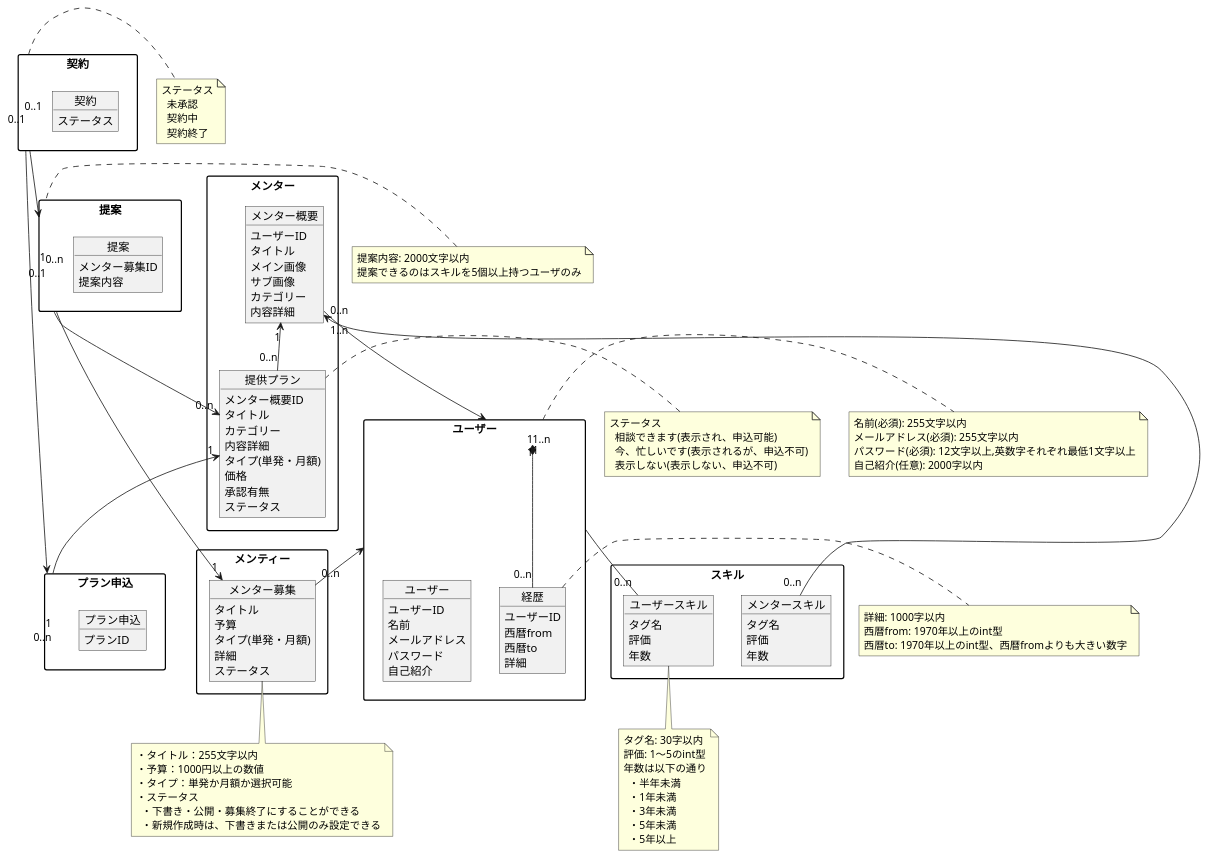
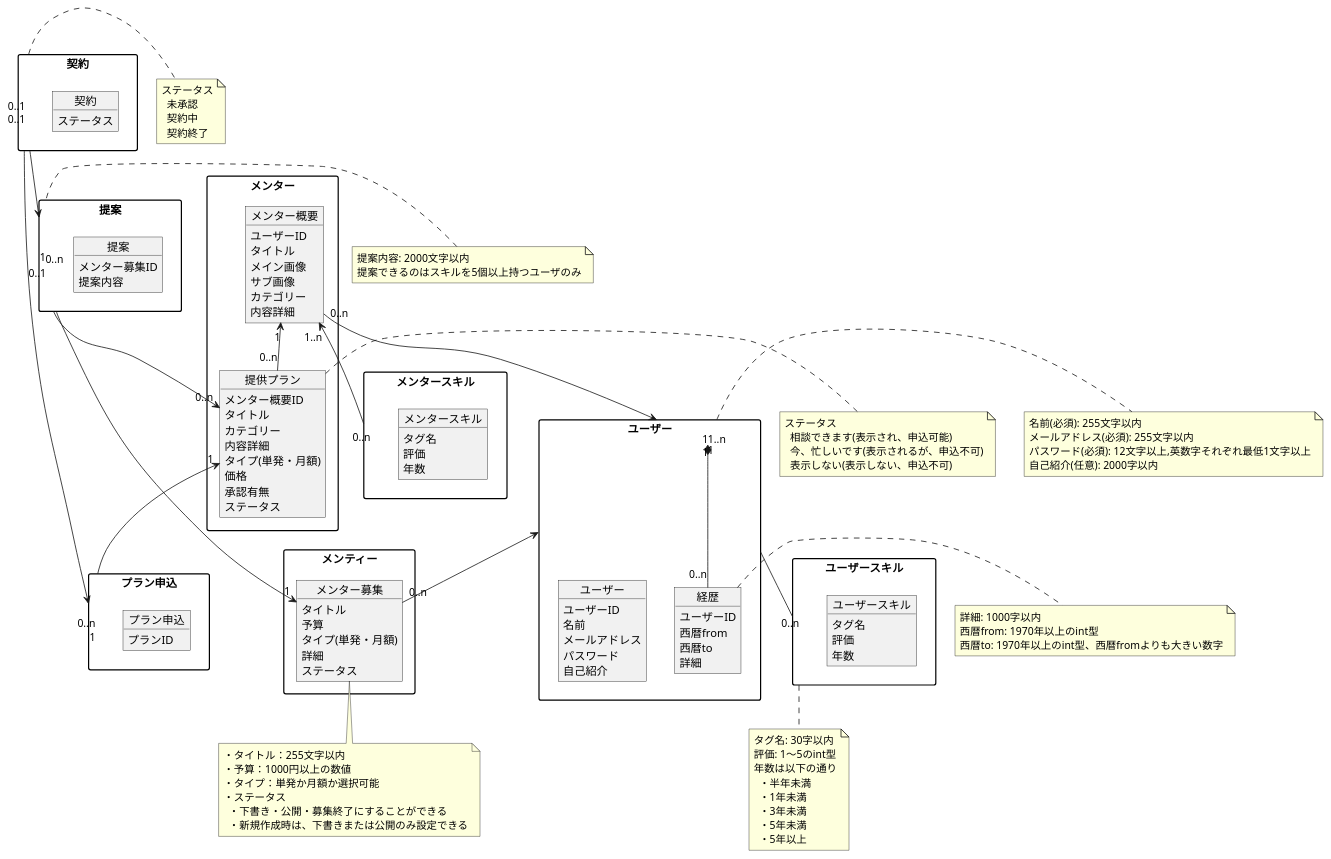
Before and after one commit to naoyakurokawa/ddd_menta: the diagram in domain_model_diagram.pu, drawn with PlantUML.

Commit message:
ドメインモデル図修正

```diff
--- a/domain_model_diagram.pu
+++ b/domain_model_diagram.pu
@@ -1,146 +1,149 @@
 @startuml
 skinparam packageStyle rectangle
 
 package ユーザー {
   object ユーザー {
     ユーザーID
     名前
     メールアドレス
     パスワード
     自己紹介
   }
 
   object 経歴 {
     ユーザーID
     西暦from
     西暦to
     詳細
   }
 }
 
 ユーザー "1" *-- "0..n" 経歴
 note right of ユーザー
 名前(必須): 255文字以内
 メールアドレス(必須): 255文字以内
 パスワード(必須): 12文字以上,英数字それぞれ最低1文字以上
 自己紹介(任意): 2000字以内
 end note
 
 note right of 経歴
 詳細: 1000字以内
 西暦from: 1970年以上のint型
 西暦to: 1970年以上のint型、西暦fromよりも大きい数字
 end note
 
-package スキル {
+package ユーザースキル {
   object ユーザースキル {
     タグ名
     評価
     年数
   }
+}
+
+package メンタースキル {
   object メンタースキル {
     タグ名
     評価
     年数
   }
 }
 
 note bottom of ユーザースキル
 タグ名: 30字以内
 評価: 1〜5のint型
 年数は以下の通り
   ・半年未満
   ・1年未満
   ・3年未満
   ・5年未満
   ・5年以上
 end note
 
 package メンター {
   object メンター概要 {
     ユーザーID
     タイトル
     メイン画像
     サブ画像
     カテゴリー
     内容詳細
   }
 
   object 提供プラン {
     メンター概要ID
     タイトル
     カテゴリー
     内容詳細
     タイプ(単発・月額)
     価格
     承認有無
     ステータス
   }
 }
 
 package 提案 {
   object 提案 {
     メンター募集ID
     提案内容
   }
 }
 
 note left of 提案
 提案内容: 2000文字以内
 提案できるのはスキルを5個以上持つユーザのみ
 end note
 
 note left of 提供プラン
 ステータス
   相談できます(表示され、申込可能)
   今、忙しいです(表示されるが、申込不可)
   表示しない(表示しない、申込不可)
 end note
 
 ユーザー "1..n" -- "0..n" ユーザースキル
 メンター概要 "1..n" <-- "0..n" メンタースキル
 メンター概要 "1" <-- "0..n" 提供プラン
 メンター概要 "0..n" --> "1" ユーザー
 提案 "0..1" --> "0..n" 提供プラン
 
 package メンティー {
   object メンター募集 {
     タイトル
     予算
     タイプ(単発・月額)
     詳細
     ステータス
   }
 }
 package プラン申込 {
   object プラン申込 {
     プランID
   }
 }
 note bottom of メンター募集
 ・タイトル：255文字以内
 ・予算：1000円以上の数値
 ・タイプ：単発か月額か選択可能
 ・ステータス
   ・下書き・公開・募集終了にすることができる
   ・新規作成時は、下書きまたは公開のみ設定できる
 end note
 ユーザー "1" <-- "0..n" メンター募集
 提供プラン "1" <-- "0..n" プラン申込
 提案 "0..n" --> "1" メンター募集
 
 package 契約 {
   object 契約 {
     ステータス
   }
 }
 note right of 契約
 ステータス
   未承認
   契約中
   契約終了
 end note
 契約 "0..1" --> "1" 提案
 契約 "0..1" --> "1" プラン申込
 
 @enduml
```
